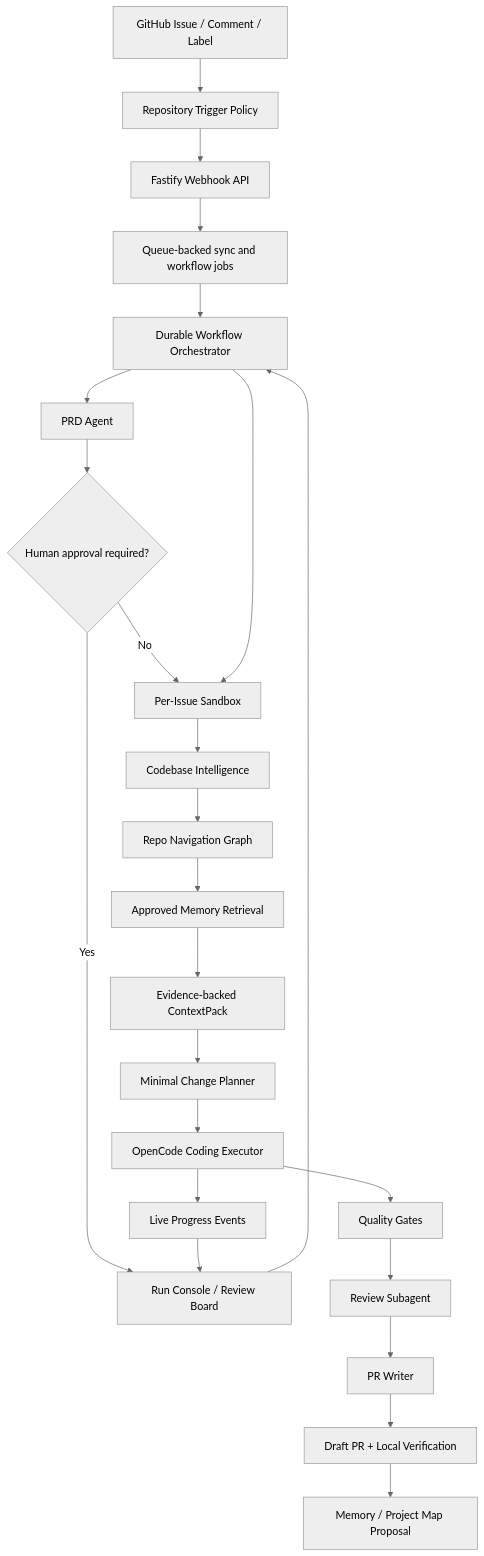
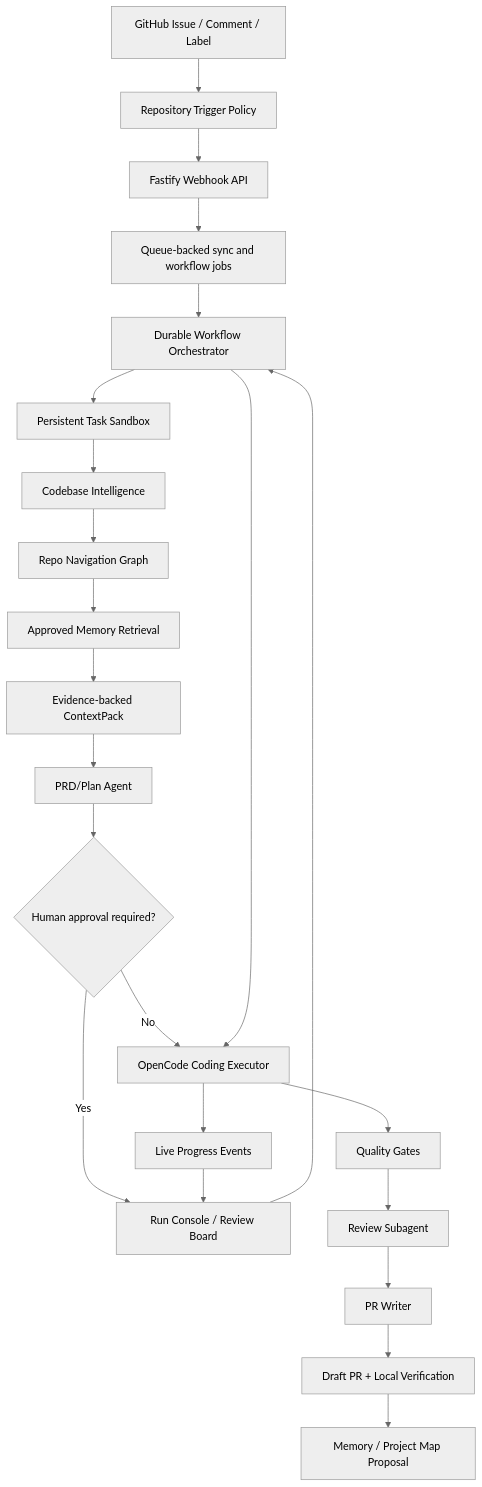
Before and after one commit to JASON-QWeb/CodeZero: the diagram in README.md, drawn with Mermaid (neutral theme). The commit also changed other lines of this file and 32 other files, not shown here.

````diff
--- a/README.md
+++ b/README.md
@@ -37,26 +37,25 @@
 ```mermaid
 flowchart TD
   GH["GitHub Issue / Comment / Label"] --> TP["Repository Trigger Policy"]
   TP --> API["Fastify Webhook API"]
   API --> Q["Queue-backed sync and workflow jobs"]
   Q --> WF["Durable Workflow Orchestrator"]
-  WF --> PRD["PRD Agent"]
-  PRD --> GATE{"Human approval required?"}
-  GATE -->|Yes| UI["Run Console / Review Board"]
-  UI --> WF
-  GATE -->|No| SB["Per-Issue Sandbox"]
-  WF --> SB
+  WF --> SB["Persistent Task Sandbox"]
   SB --> IDX["Codebase Intelligence"]
   IDX --> GRAPH["Repo Navigation Graph"]
   GRAPH --> MEM["Approved Memory Retrieval"]
   MEM --> CP["Evidence-backed ContextPack"]
-  CP --> PLAN["Minimal Change Planner"]
-  PLAN --> IMPL["OpenCode Coding Executor"]
+  CP --> PRD["PRD/Plan Agent"]
+  PRD --> GATE{"Human approval required?"}
+  GATE -->|Yes| UI["Run Console / Review Board"]
+  UI --> WF
+  GATE -->|No| IMPL["OpenCode Coding Executor"]
+  WF --> IMPL
   IMPL --> STREAM["Live Progress Events"]
   STREAM --> UI
   IMPL --> QA["Quality Gates"]
   QA --> REV["Review Subagent"]
   REV --> PRW["PR Writer"]
   PRW --> PR["Draft PR + Local Verification"]
   PR --> LEARN["Memory / Project Map Proposal"]
 ```
````
